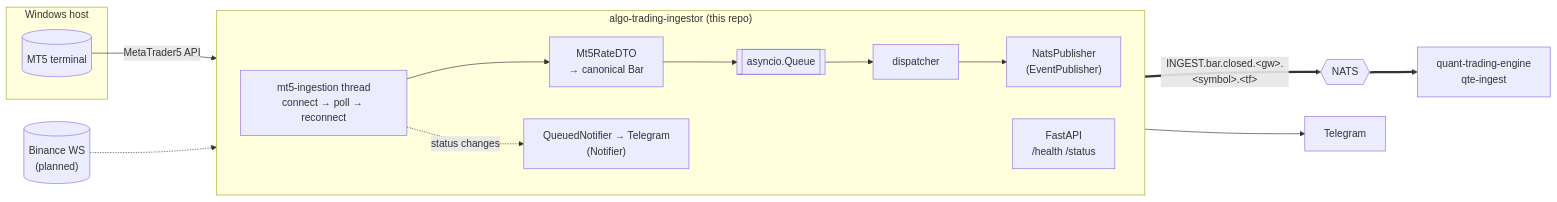
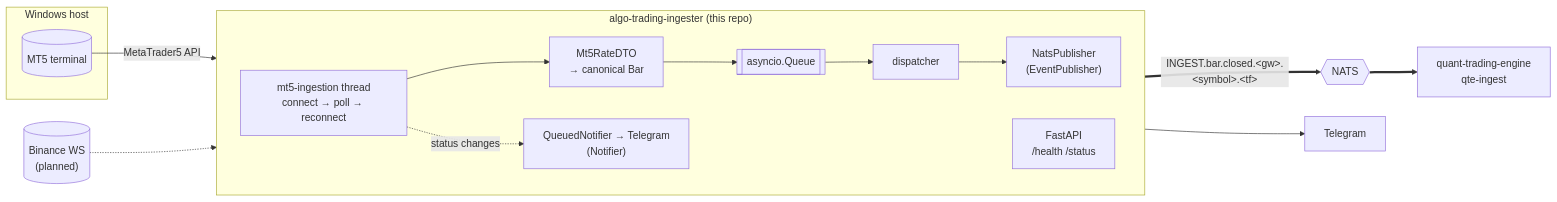
One commit to rockingrow/algo-trading-ingester changed the diagram in README.md. Above: the diagram before and after it, drawn with Mermaid. The commit also changed other lines of this file and 85 other files, not shown here.

````diff
--- a/README.md
+++ b/README.md
@@ -57,25 +57,25 @@
 ```mermaid
 flowchart LR
     subgraph win["Windows host"]
         MT5[("MT5 terminal")]
     end
 
-    subgraph ing["algo-trading-ingestor (this repo)"]
+    subgraph ing["algo-trading-ingester (this repo)"]
         direction LR
         T["mt5-ingestion thread<br/>connect → poll → reconnect"]
         DTO["Mt5RateDTO<br/>→ canonical Bar"]
         Q[["asyncio.Queue"]]
         D["dispatcher"]
         P["NatsPublisher<br/>(EventPublisher)"]
         N["QueuedNotifier → Telegram<br/>(Notifier)"]
         API["FastAPI<br/>/health /status"]
         T --> DTO --> Q --> D --> P
         T -. status changes .-> N
     end
 
     BIN[("Binance WS<br/>(planned)")] -.-> ing
     MT5 -- "MetaTrader5 API" --> T
     P == "INGEST.bar.closed.&lt;gw&gt;.&lt;symbol&gt;.&lt;tf&gt;" ==> NATS{{NATS}}
     NATS ==> QTE["quant-trading-engine<br/>qte-ingest"]
     N --> TG["Telegram"]
 ```
````
